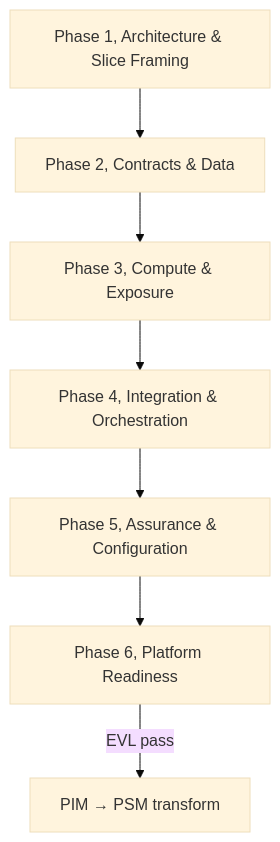
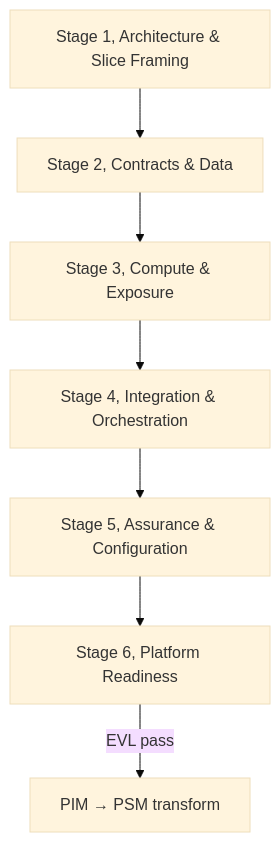
The diagram in docs/public-docs/docs/guides/pim-modeling-methodology.md (mehdieidi/modriss), drawn with Mermaid (base theme) before and after one commit. The commit also changed other lines of this file and 64 other files, not shown here.

````diff
--- a/docs/public-docs/docs/guides/pim-modeling-methodology.md
+++ b/docs/public-docs/docs/guides/pim-modeling-methodology.md
@@ -34,12 +35,12 @@
 ```mermaid
 flowchart TD
-  PH1["Phase 1, Architecture & Slice Framing"]
-  PH2["Phase 2, Contracts & Data"]
-  PH3["Phase 3, Compute & Exposure"]
-  PH4["Phase 4, Integration & Orchestration"]
-  PH5["Phase 5, Assurance & Configuration"]
-  PH6["Phase 6, Platform Readiness"]
+  PH1["Stage 1, Architecture & Slice Framing"]
+  PH2["Stage 2, Contracts & Data"]
+  PH3["Stage 3, Compute & Exposure"]
+  PH4["Stage 4, Integration & Orchestration"]
+  PH5["Stage 5, Assurance & Configuration"]
+  PH6["Stage 6, Platform Readiness"]
 
   PH1 --> PH2 --> PH3 --> PH4 --> PH5 --> PH6
   PH6 -->|EVL pass| GATE["PIM → PSM transform"]
 ```
````
